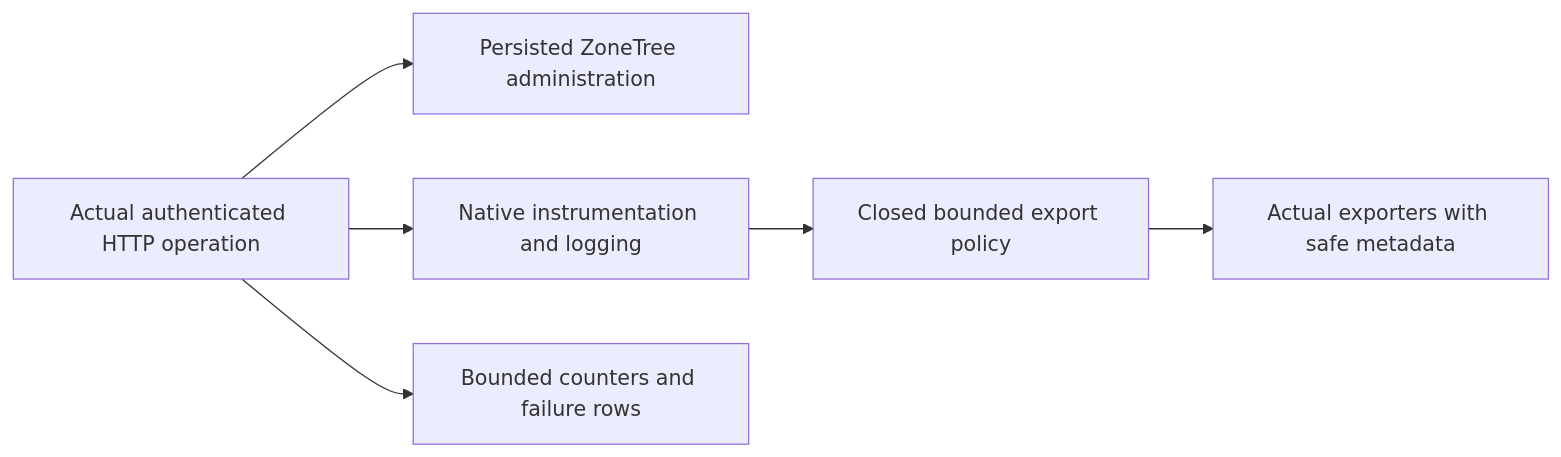
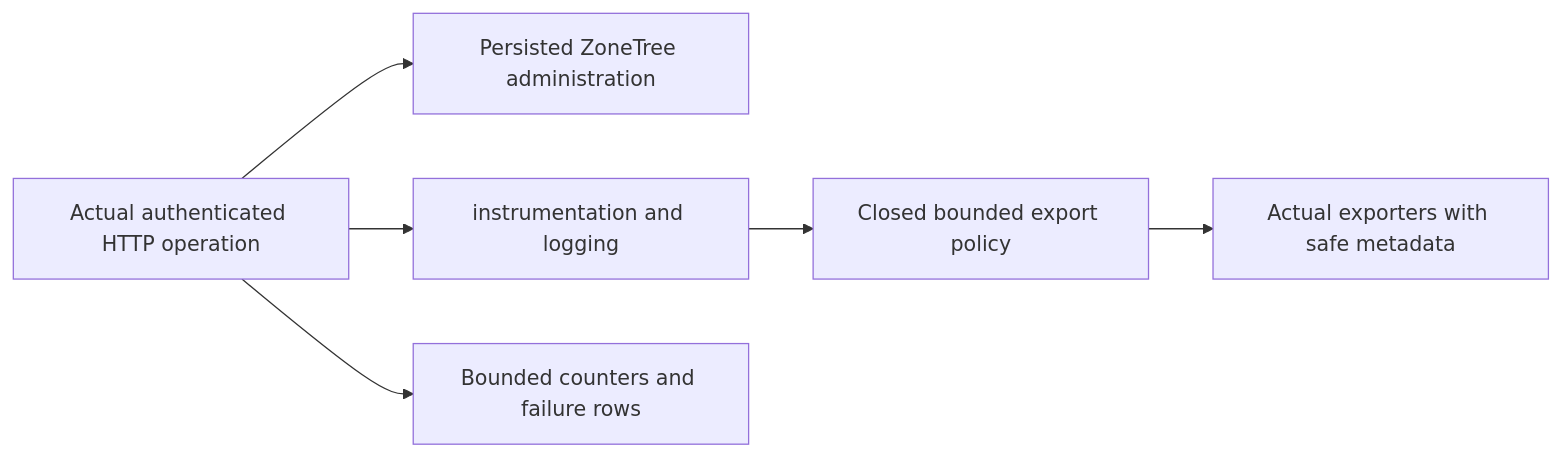
The diagram in docs/ADR/ADR-121-exported-telemetry-privacy.md (managedcode/KeyLoad), drawn with Mermaid before and after one commit. The commit also changed other lines of this file and 9016 other files, not shown here.

````diff
--- a/docs/ADR/ADR-121-exported-telemetry-privacy.md
+++ b/docs/ADR/ADR-121-exported-telemetry-privacy.md
@@ -11,8 +11,8 @@
 ```mermaid
 flowchart LR
   HTTP[Actual authenticated HTTP operation] --> DB[Persisted ZoneTree administration]
-  HTTP --> Native[Native instrumentation and logging]
-  Native --> Privacy[Closed bounded export policy]
+  HTTP --> Execution[instrumentation and logging]
+  Execution --> Privacy[Closed bounded export policy]
   Privacy --> Export[Actual exporters with safe metadata]
   HTTP --> Dashboard[Bounded counters and failure rows]
 ```
````
